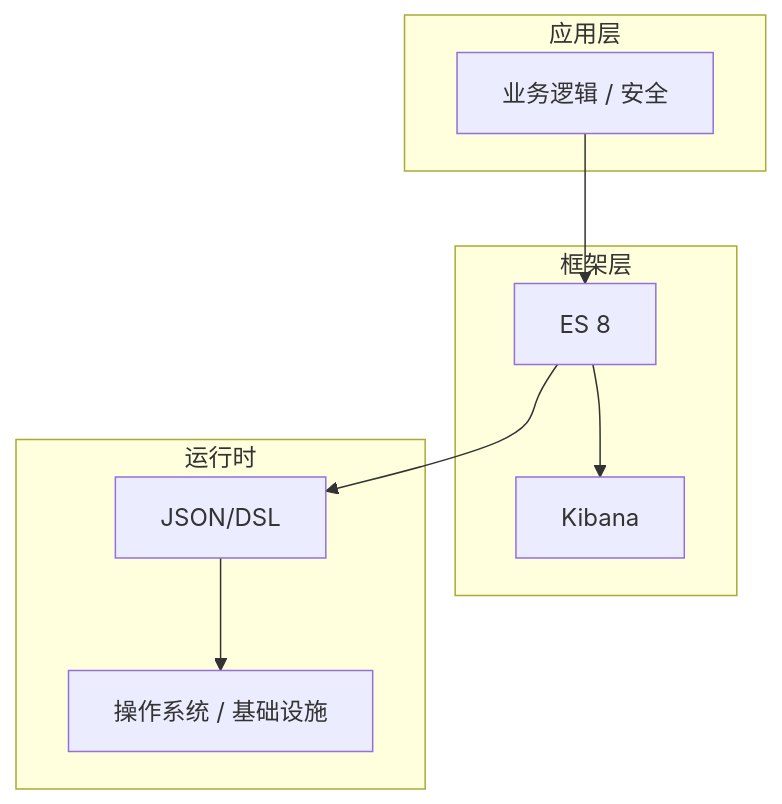
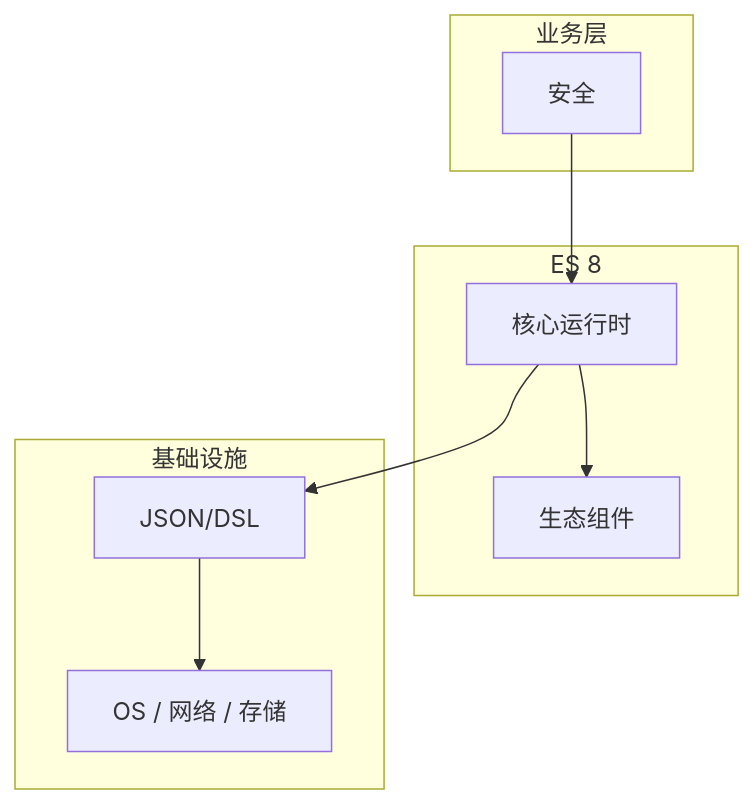
One commit to yanggan2015/knowledge-json-v2 changed the diagram in articles/Elasticsearch/chapters/083-安全核心概念与原理.md. Above: the diagram before and after it, drawn with Mermaid. The commit also changed other lines of this file and 10127 other files, not shown here.

````diff
--- a/articles/Elasticsearch/chapters/083-安全核心概念与原理.md
+++ b/articles/Elasticsearch/chapters/083-安全核心概念与原理.md
@@ -45,18 +34,18 @@
 ```mermaid
 graph TB
-    subgraph 应用层
-        A[业务逻辑 / 安全]
+    subgraph 业务层
+        A[安全]
     end
-    subgraph 框架层
-        B[ES 8]
-        C[Kibana]
+    subgraph ES 8
+        B[核心运行时]
+        C[生态组件]
     end
-    subgraph 运行时
+    subgraph 基础设施
         D[JSON/DSL]
-        E[操作系统 / 基础设施]
+        E[OS / 网络 / 存储]
     end
     A --> B
     B --> C
     B --> D
     D --> E
 ```
````
